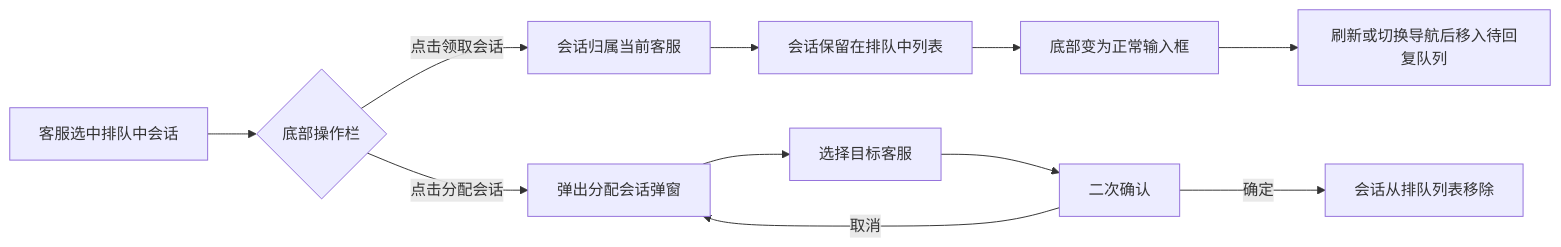
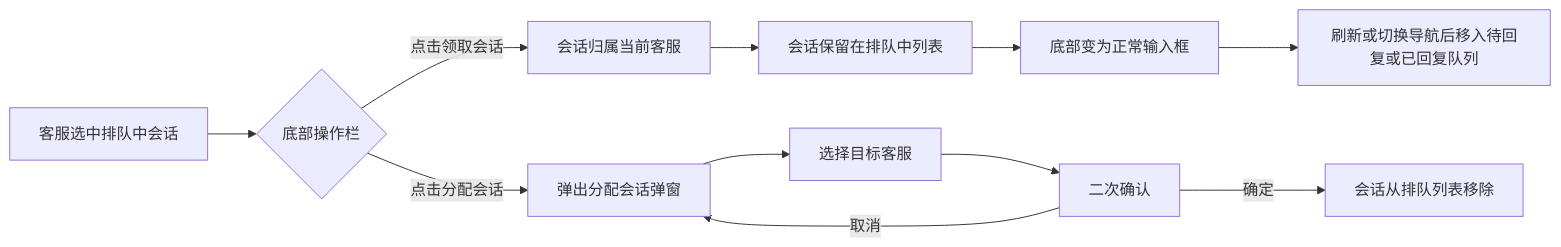
Before and after one commit to goeye/twt: the diagram in docs/PRD-排队中会话领取与分配.md, drawn with Mermaid. The commit also changed other lines of this file and 3 other files, not shown here.

````diff
--- a/docs/PRD-排队中会话领取与分配.md
+++ b/docs/PRD-排队中会话领取与分配.md
@@ -49,13 +38,13 @@
 ```mermaid
 flowchart LR
     A[客服选中排队中会话] --> B{底部操作栏}
     B -->|点击领取会话| C[会话归属当前客服]
     C --> D[会话保留在排队中列表]
     D --> E[底部变为正常输入框]
-    E --> F[刷新或切换导航后移入待回复队列]
+    E --> F[刷新或切换导航后移入待回复或已回复队列]
     B -->|点击分配会话| G[弹出分配会话弹窗]
     G --> H[选择目标客服]
     H --> I[二次确认]
     I -->|确定| J[会话从排队列表移除]
     I -->|取消| G
 ```
````
